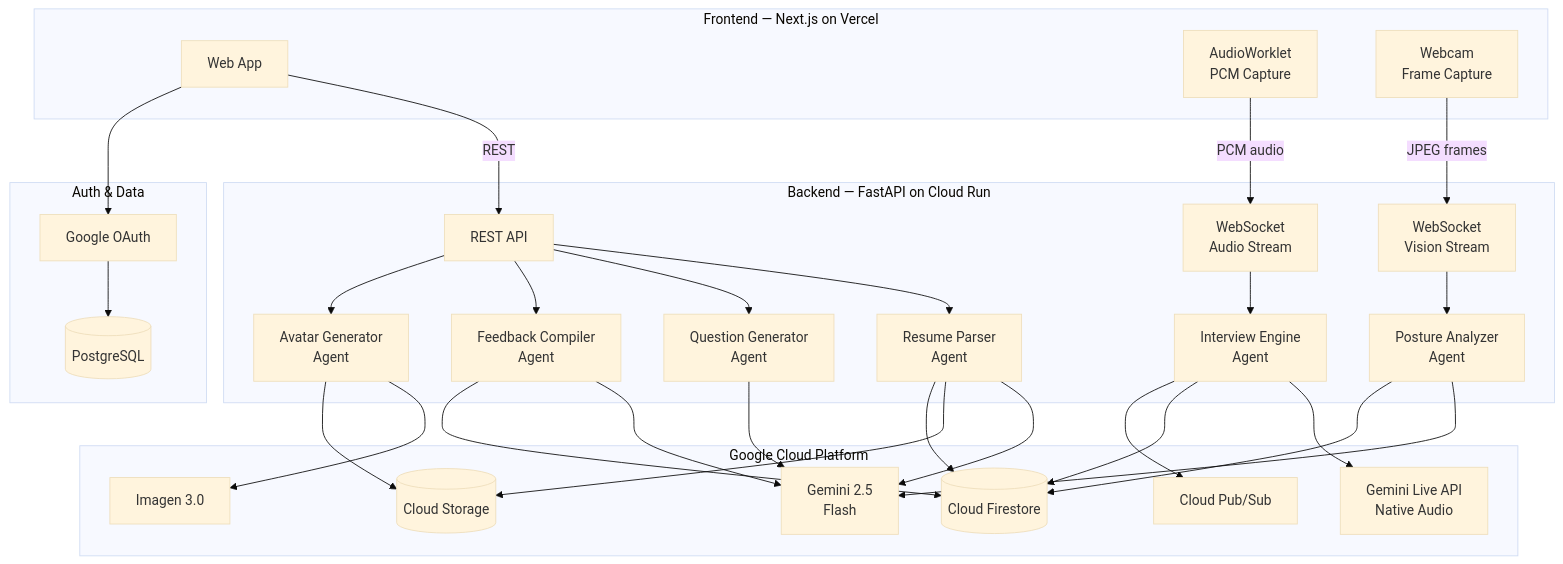
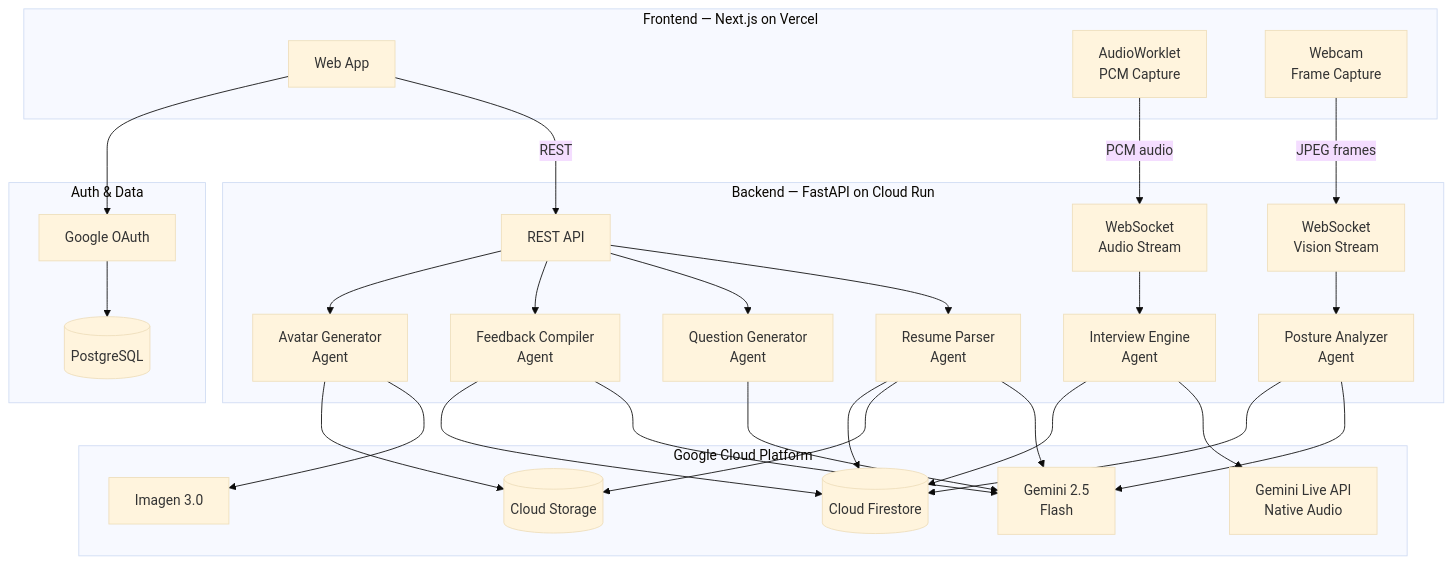
The first of 3 diagrams in README.md (mockmate-app/mockmate), drawn with Mermaid (base theme) before and after one commit. The commit also changed other lines of this file and 3 other files, not shown here.

Commit message:
- Removed Pub/Sub from README.md

````diff
--- a/README.md
+++ b/README.md
@@ -75,52 +75,51 @@
 ```mermaid
 graph TB
     subgraph "Frontend — Next.js on Vercel"
         UI[Web App]
         AW[AudioWorklet<br/>PCM Capture]
         WC[Webcam<br/>Frame Capture]
     end
 
     subgraph "Backend — FastAPI on Cloud Run"
         API[REST API]
         WSA[WebSocket<br/>Audio Stream]
         WSV[WebSocket<br/>Vision Stream]
         RP[Resume Parser<br/>Agent]
         QG[Question Generator<br/>Agent]
         IE[Interview Engine<br/>Agent]
         PA[Posture Analyzer<br/>Agent]
         FC[Feedback Compiler<br/>Agent]
         IA[Avatar Generator<br/>Agent]
     end
 
     subgraph "Google Cloud Platform"
         GLA[Gemini Live API<br/>Native Audio]
         GF[Gemini 2.5<br/>Flash]
         IG[Imagen 3.0]
         FS[(Cloud Firestore)]
         GCS[(Cloud Storage)]
-        PS[Cloud Pub/Sub]
     end
 
     subgraph "Auth & Data"
         GA[Google OAuth]
         PG[(PostgreSQL)]
     end
 
     UI -- REST --> API
     AW -- PCM audio --> WSA
     WC -- JPEG frames --> WSV
 
     API --> RP & QG & FC & IA
     WSA --> IE
     WSV --> PA
 
     RP --> GF & GCS & FS
     QG --> GF
-    IE --> GLA & FS & PS
+    IE --> GLA & FS
     PA --> GF & FS
     FC --> GF & FS
     IA --> IG & GCS
 
     UI --> GA
     GA --> PG
 ```
````
